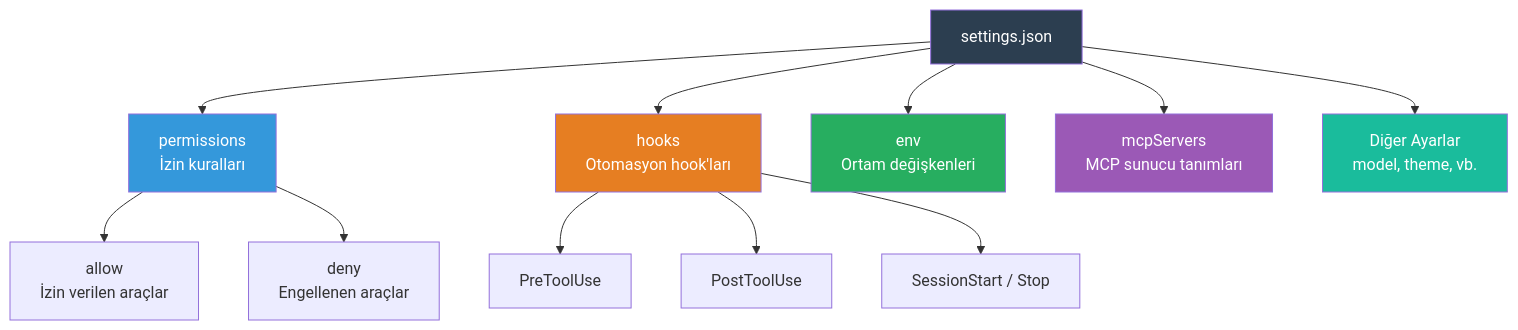
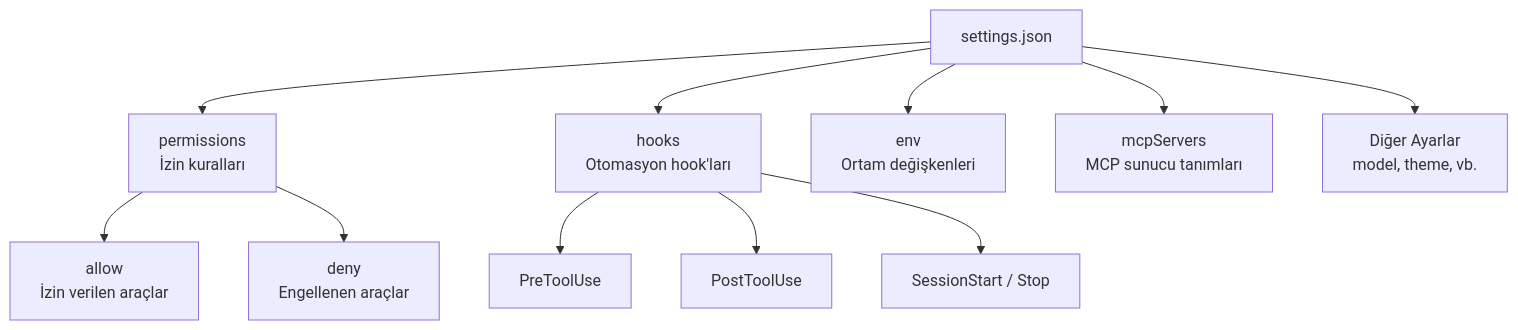
Before and after one commit to IzzetYasinAtes/ClaudeCodeHandbook: the first of 3 diagrams in 17-konfigurasyon/02-settings-json-referansi.md, drawn with Mermaid. The commit also changed other lines of this file and 97 other files, not shown here.

Commit message:
Remove all custom Mermaid style/fill colors from 98 markdown files for consistent dark theme rendering

````diff
--- a/17-konfigurasyon/02-settings-json-referansi.md
+++ b/17-konfigurasyon/02-settings-json-referansi.md
@@ -17,22 +17,16 @@
 ```mermaid
 flowchart TD
     ROOT["settings.json"] --> PERM["permissions<br/>İzin kuralları"]
     ROOT --> HOOKS["hooks<br/>Otomasyon hook'ları"]
     ROOT --> ENV["env<br/>Ortam değişkenleri"]
     ROOT --> MCP["mcpServers<br/>MCP sunucu tanımları"]
     ROOT --> MISC["Diğer Ayarlar<br/>model, theme, vb."]
 
     PERM --> ALLOW["allow<br/>İzin verilen araçlar"]
     PERM --> DENY["deny<br/>Engellenen araçlar"]
 
     HOOKS --> PRE["PreToolUse"]
     HOOKS --> POST["PostToolUse"]
     HOOKS --> SESSION["SessionStart / Stop"]
 
-    style ROOT fill:#2C3E50,color:#fff
-    style PERM fill:#3498DB,color:#fff
-    style HOOKS fill:#E67E22,color:#fff
-    style ENV fill:#27AE60,color:#fff
-    style MCP fill:#9B59B6,color:#fff
-    style MISC fill:#1ABC9C,color:#fff
 ```
````
